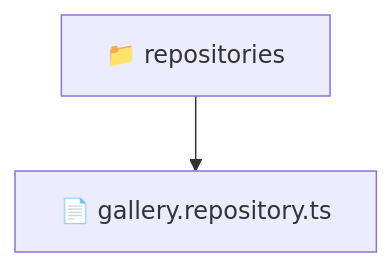
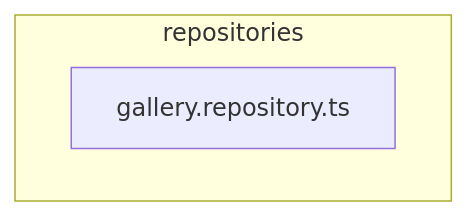
The diagram in backend/src/modules/gallery/infrastructure/repositories/README.md (beginwebdev2002/fullstack-mavluda), drawn with Mermaid before and after one commit. The commit also changed other lines of this file and 163 other files, not shown here.

````diff
--- a/backend/src/modules/gallery/infrastructure/repositories/README.md
+++ b/backend/src/modules/gallery/infrastructure/repositories/README.md
@@ -9,5 +15,6 @@
 ```mermaid
 graph TD
-  Root["📁 repositories"]
-  Root --> gallery_repository_ts["📄 gallery.repository.ts"]
+  subgraph repositories
+    gallery_repository_ts["gallery.repository.ts"]
+  end
 ```
````
